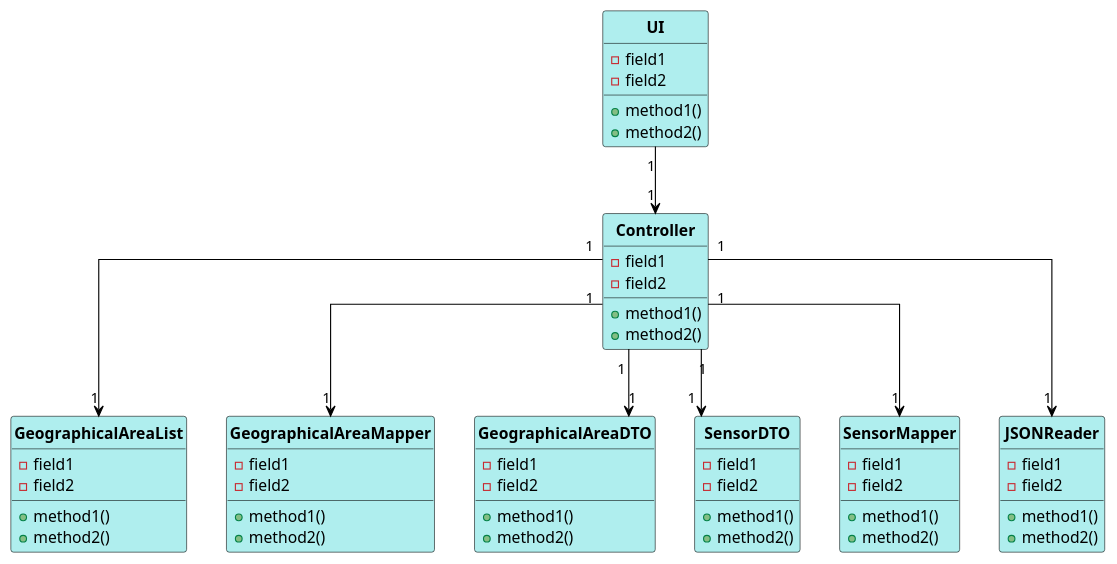
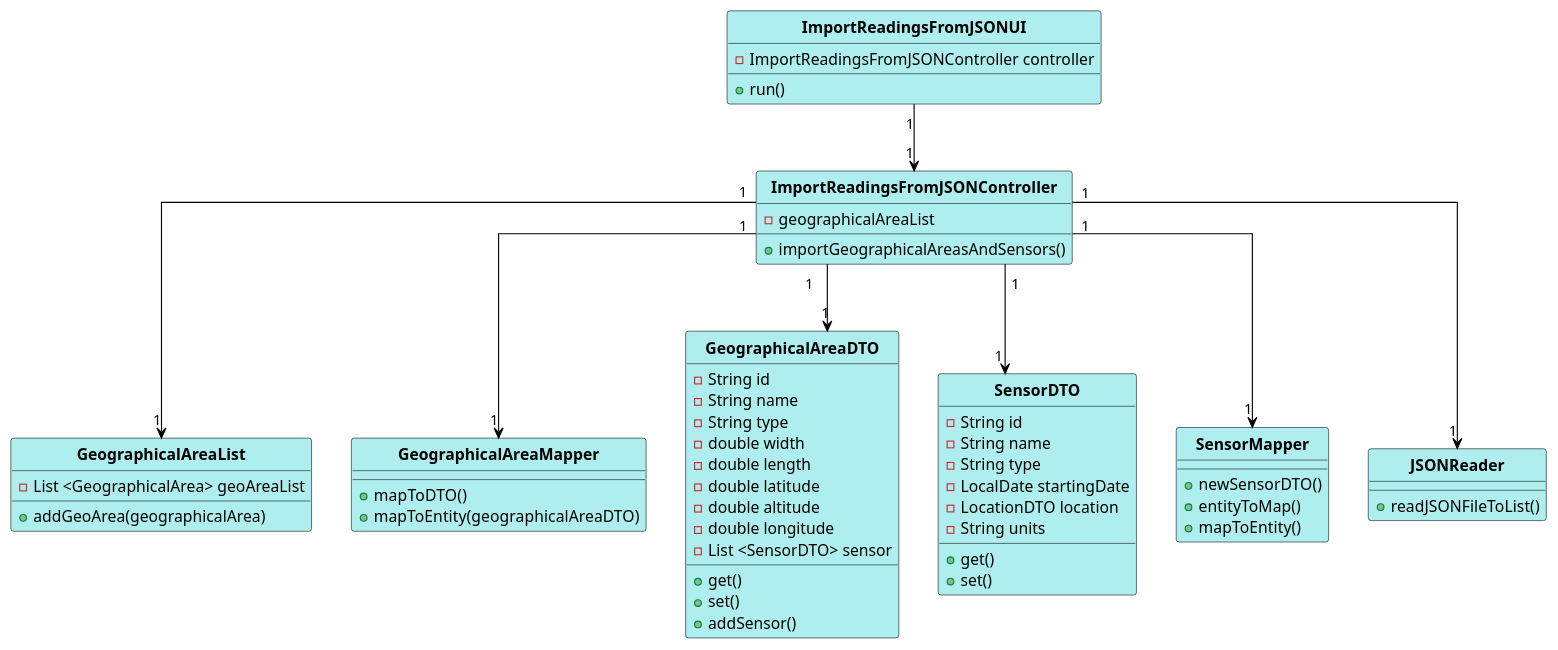
The diagram in src/main/java/pt/ipp/isep/dei/project/controllers/importReadingsFromJSONController/CD_ImportReadingsFromJSON.puml (1181687/hateoasToy), drawn with PlantUML before and after one commit. The commit also changed 2 other files, not shown here.

Commit message:
Added class diagram US015

```diff
--- a/src/main/java/pt/ipp/isep/dei/project/controllers/importReadingsFromJSONController/CD_ImportReadingsFromJSON.puml
+++ b/src/main/java/pt/ipp/isep/dei/project/controllers/importReadingsFromJSONController/CD_ImportReadingsFromJSON.puml
@@ -1,77 +1,79 @@
 @startuml
 skinparam linetype ortho
 
 skinparam class {
 	BackgroundColor PaleTurquoise
 	ArrowColor Black
 	BorderColor Black
 	FontStyle Bold
 }
 
 hide circle
 
-UI "1" --> "1" Controller
-Controller "1" --> "1" GeographicalAreaList
-Controller "1" --> "1" GeographicalAreaMapper
-Controller "1" --> "1" GeographicalAreaDTO
-Controller "1" --> "1" SensorDTO
-Controller "1" --> "1" SensorMapper
-Controller "1" --> "1" JSONReader
+ImportReadingsFromJSONUI "1" --> "1" ImportReadingsFromJSONController
+ImportReadingsFromJSONController  "1" --> "1" GeographicalAreaList
+ImportReadingsFromJSONController  "1" --> "1" GeographicalAreaMapper
+ImportReadingsFromJSONController  "1" --> "1" GeographicalAreaDTO
+ImportReadingsFromJSONController  "1" --> "1" SensorDTO
+ImportReadingsFromJSONController  "1" --> "1" SensorMapper
+ImportReadingsFromJSONController  "1" --> "1" JSONReader
 
-Class UI {
--field1
--field2
-+method1()
-+method2()
+Class ImportReadingsFromJSONUI {
+-ImportReadingsFromJSONController controller
++run()
+
 }
 
-Class Controller {
--field1
--field2
-+method1()
-+method2()
+Class ImportReadingsFromJSONController {
+-geographicalAreaList
++importGeographicalAreasAndSensors()
 }
 
 Class GeographicalAreaMapper {
--field1
--field2
-+method1()
-+method2()
++mapToDTO()
++mapToEntity(geographicalAreaDTO)
 }
 
 Class GeographicalAreaList {
--field1
--field2
-+method1()
-+method2()
+-List <GeographicalArea> geoAreaList
++addGeoArea(geographicalArea)
 }
 
 Class GeographicalAreaDTO {
--field1
--field2
-+method1()
-+method2()
+- String id
+- String name
+- String type
+- double width
+- double length
+- double latitude
+- double altitude
+- double longitude
+- List <SensorDTO> sensor
++ get()
++ set()
++ addSensor()
 }
 
 Class SensorDTO {
--field1
--field2
-+method1()
-+method2()
+- String id
+- String name
+- String type
+- LocalDate startingDate
+- LocationDTO location
+- String units
++ get()
++ set()
 }
 
 Class SensorMapper {
--field1
--field2
-+method1()
-+method2()
+
++newSensorDTO()
++entityToMap()
++mapToEntity()
 }
 
 Class JSONReader {
--field1
--field2
-+method1()
-+method2()
++ readJSONFileToList()
 }
 
 @enduml
```
